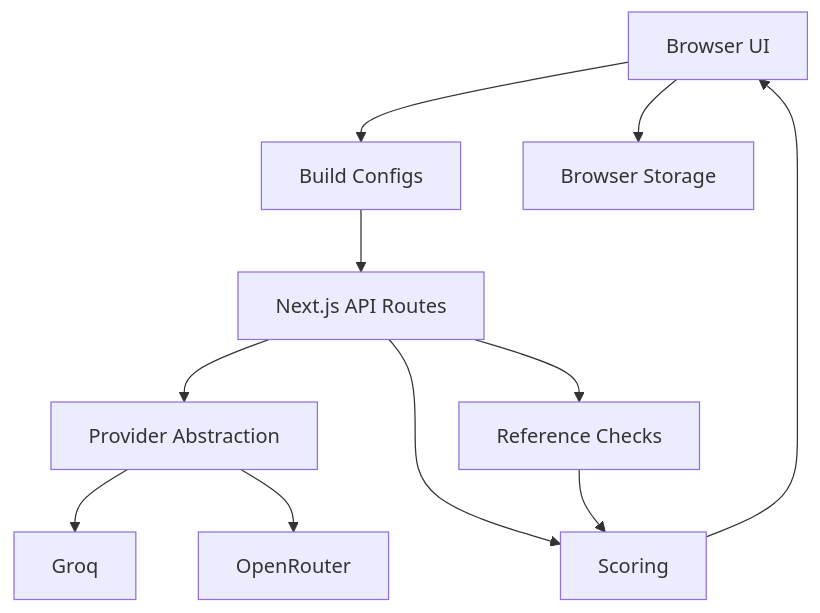
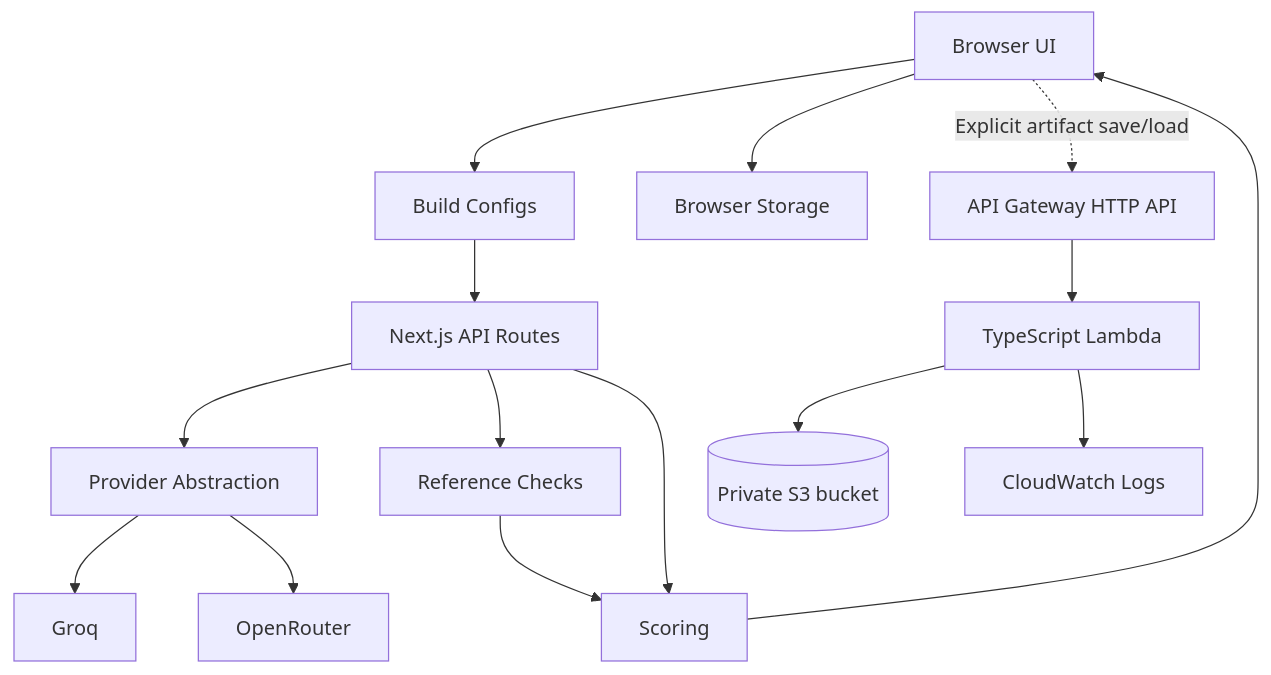
Before and after one commit to omaewamoushindei/llm-workflow-benchmark-lab: the first of 2 diagrams in docs/ARCHITECTURE.md, drawn with Mermaid. The commit also changed other lines of this file and 3 other files, not shown here.

Commit message:
Document AWS serverless persistence architecture

````diff
--- a/docs/ARCHITECTURE.md
+++ b/docs/ARCHITECTURE.md
@@ -7,13 +7,17 @@
 ```mermaid
 flowchart TD
   UI[Browser UI] --> Configs[Build Configs]
   Configs --> Routes[Next.js API Routes]
   Routes --> Providers[Provider Abstraction]
   Providers --> Groq[Groq]
   Providers --> OpenRouter[OpenRouter]
   Routes --> Reference[Reference Checks]
   Routes --> Scoring[Scoring]
   Reference --> Scoring
   Scoring --> UI
   UI --> Storage[Browser Storage]
+  UI -. Explicit artifact save/load .-> Gateway[API Gateway HTTP API]
+  Gateway --> Lambda[TypeScript Lambda]
+  Lambda --> S3[(Private S3 bucket)]
+  Lambda --> Logs[CloudWatch Logs]
 ```
````
